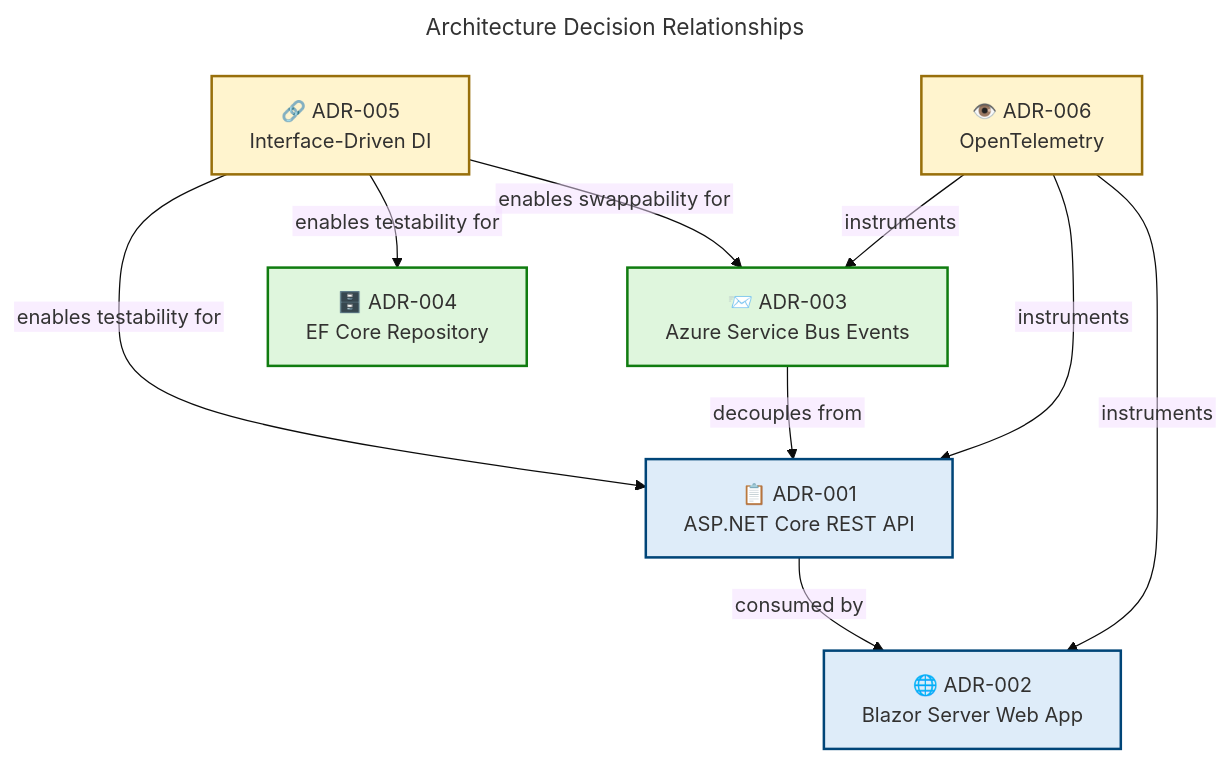
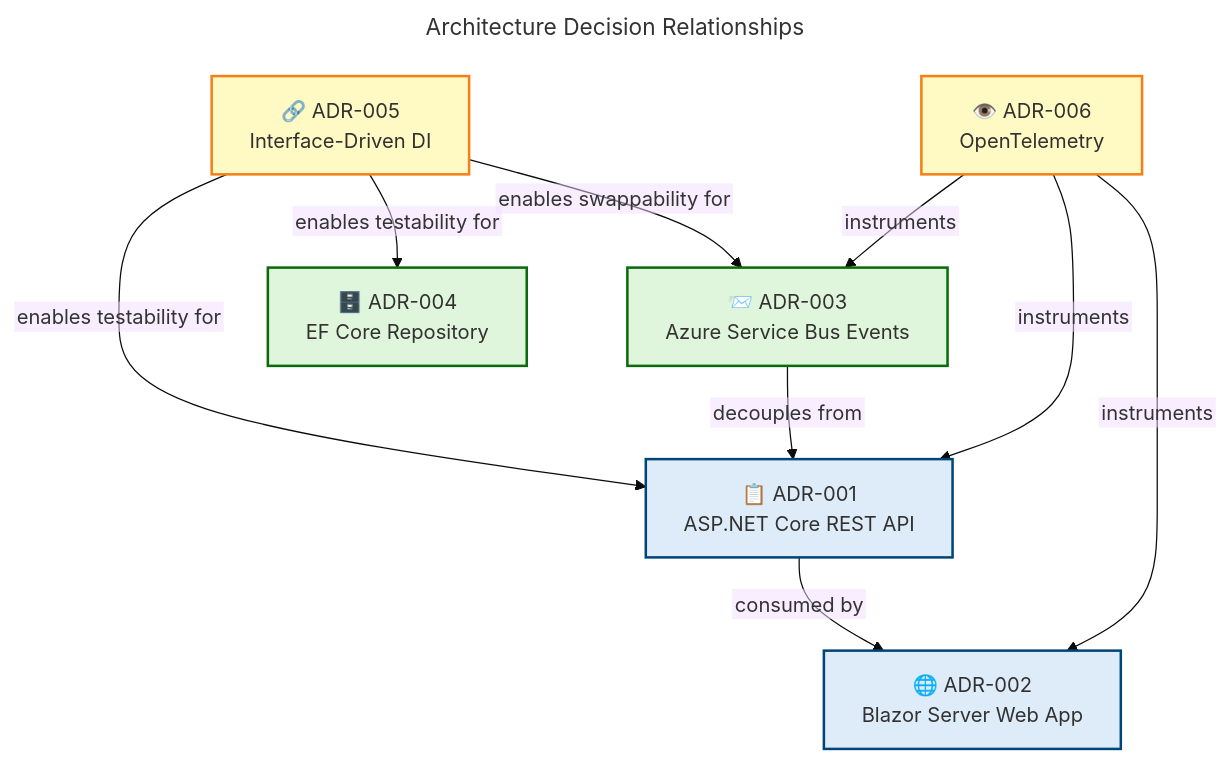
One commit to Evilazaro/Azure-LogicApps-Monitoring changed the fifth of 9 diagrams in docs/architecture/Application-Layer-Architecture.md. Above: the diagram before and after it, drawn with Mermaid. The commit also changed other lines of this file and 3 other files, not shown here.

Commit message:
docs: update color definitions in architecture diagrams for improved clarity and consistency

````diff
--- a/docs/architecture/Application-Layer-Architecture.md
+++ b/docs/architecture/Application-Layer-Architecture.md
@@ -1695,43 +1695,43 @@
 ```mermaid
 ---
 title: "Architecture Decision Relationships"
 config:
   theme: base
   themeVariables:
     fontSize: '16px'
   flowchart:
     htmlLabels: false
 ---
 flowchart TD
     accTitle: Architecture Decision Relationships Diagram
     accDescr: Shows the six architecture decisions and their relationships and dependencies
 
     %% ═══════════════════════════════════════════════════════════════════════════
     %% AZURE / FLUENT ARCHITECTURE PATTERN v1.1
     %% (Semantic + Structural + Font + Accessibility Governance)
     %% ═══════════════════════════════════════════════════════════════════════════
 
     adr1["📋 ADR-001\nASP.NET Core REST API"]
     adr2["🌐 ADR-002\nBlazor Server Web App"]
     adr3["📨 ADR-003\nAzure Service Bus Events"]
     adr4["🗄️ ADR-004\nEF Core Repository"]
     adr5["🔗 ADR-005\nInterface-Driven DI"]
     adr6["👁️ ADR-006\nOpenTelemetry"]
 
     adr5 -->|"enables testability for"| adr1
     adr5 -->|"enables swappability for"| adr3
     adr5 -->|"enables testability for"| adr4
     adr1 -->|"consumed by"| adr2
     adr3 -->|"decouples from"| adr1
     adr6 -->|"instruments"| adr1
     adr6 -->|"instruments"| adr2
     adr6 -->|"instruments"| adr3
 
     classDef azureBlue fill:#DEECF9,stroke:#004578,stroke-width:2px,color:#323130
-    classDef successGreen fill:#DFF6DD,stroke:#107C10,stroke-width:2px,color:#323130
-    classDef warningYellow fill:#FFF4CE,stroke:#986F0B,stroke-width:2px,color:#323130
+    classDef successGreen fill:#DFF6DD,stroke:#0B6A0B,stroke-width:2px,color:#323130
+    classDef warningYellow fill:#FFF9C4,stroke:#F57F17,stroke-width:2px,color:#323130
 
     class adr1,adr2 azureBlue
     class adr3,adr4 successGreen
     class adr5,adr6 warningYellow
 ```
````
